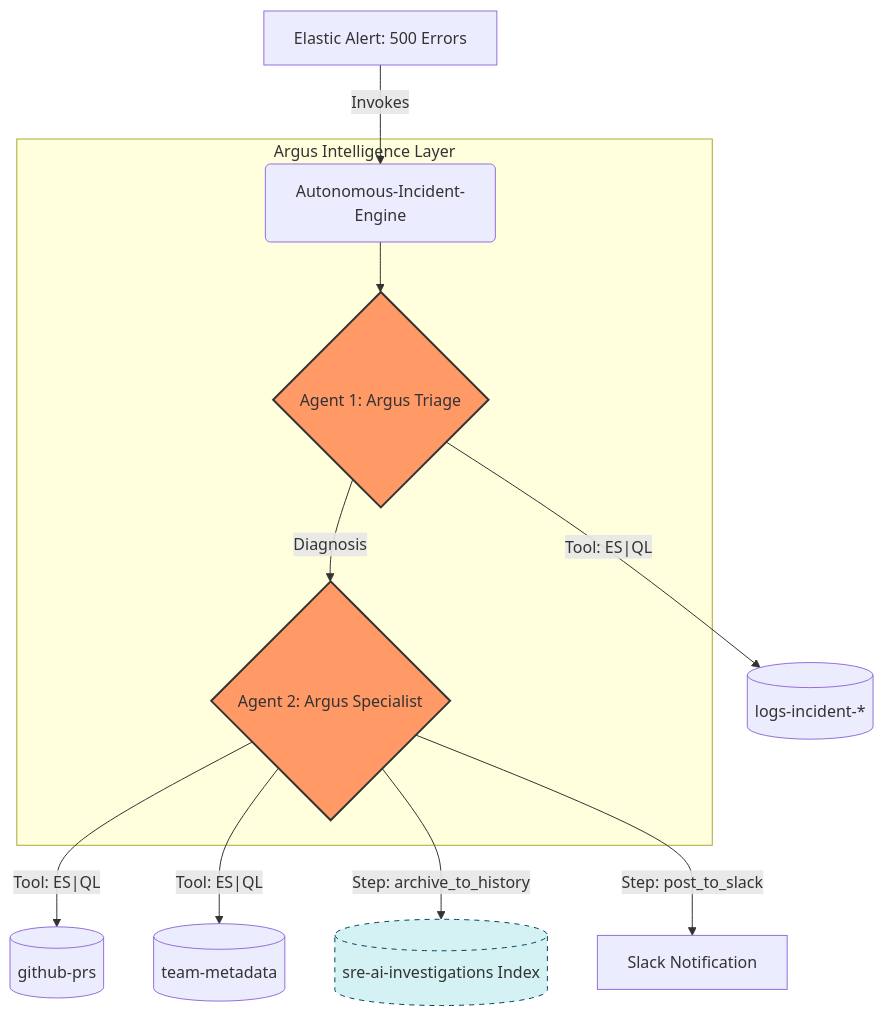
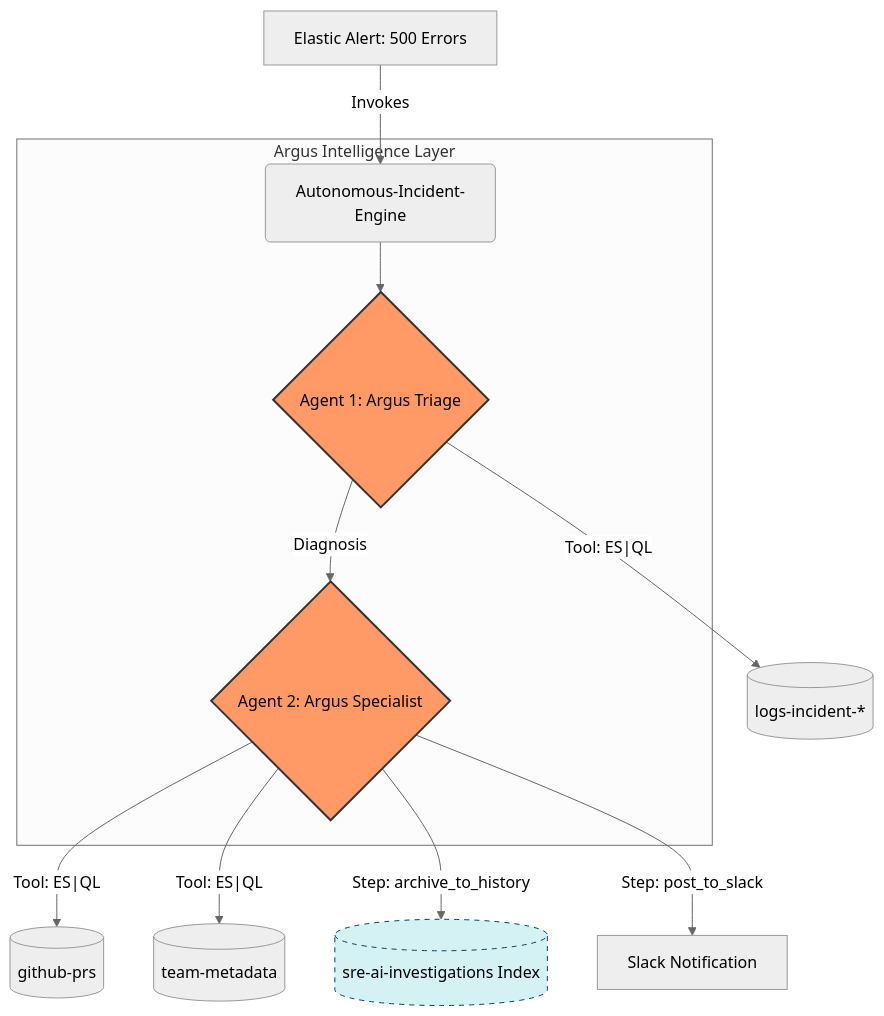
The diagram in README.md (eshwal/argus-sre), drawn with Mermaid before and after one commit. The commit also changed other lines of this file, not shown here.

````diff
--- a/README.md
+++ b/README.md
@@ -7,27 +7,27 @@
 ```mermaid
-%%{init: {"theme": ""}}%%
+%%{init: {"theme": "neutral"}}%%
 graph TD
     %% Trigger
     A[Elastic Alert: 500 Errors] -->|Invokes| B(Autonomous-Incident-Engine)
     
     %% Multi-Agent Logic
     subgraph Multi_Agent_System [Argus Intelligence Layer]
         B --> C1{Agent 1: Argus Triage}
         C1 -->|Diagnosis| C2{Agent 2: Argus Specialist}
     end
 
     %% Agent 1 Tools
     C1 -->|"Tool: ES|QL"| T1[(logs-incident-*)]
 
     %% Agent 2 Tools
     C2 -->|"Tool: ES|QL"| T2[(github-prs)]
     C2 -->|"Tool: ES|QL"| T3[(team-metadata)]
 
     %% Outputs (The "Persistence" and "Notification" steps)
     C2 -->|Step: archive_to_history| T4[(sre-ai-investigations Index)]
     C2 -->|Step: post_to_slack| D[Slack Notification]
 
     style C1 fill:#f96,stroke:#333,stroke-width:2px
     style C2 fill:#f96,stroke:#333,stroke-width:2px
     style T4 fill:#d4f1f4,stroke:#05445e,stroke-dasharray: 5 5
 ```
````
